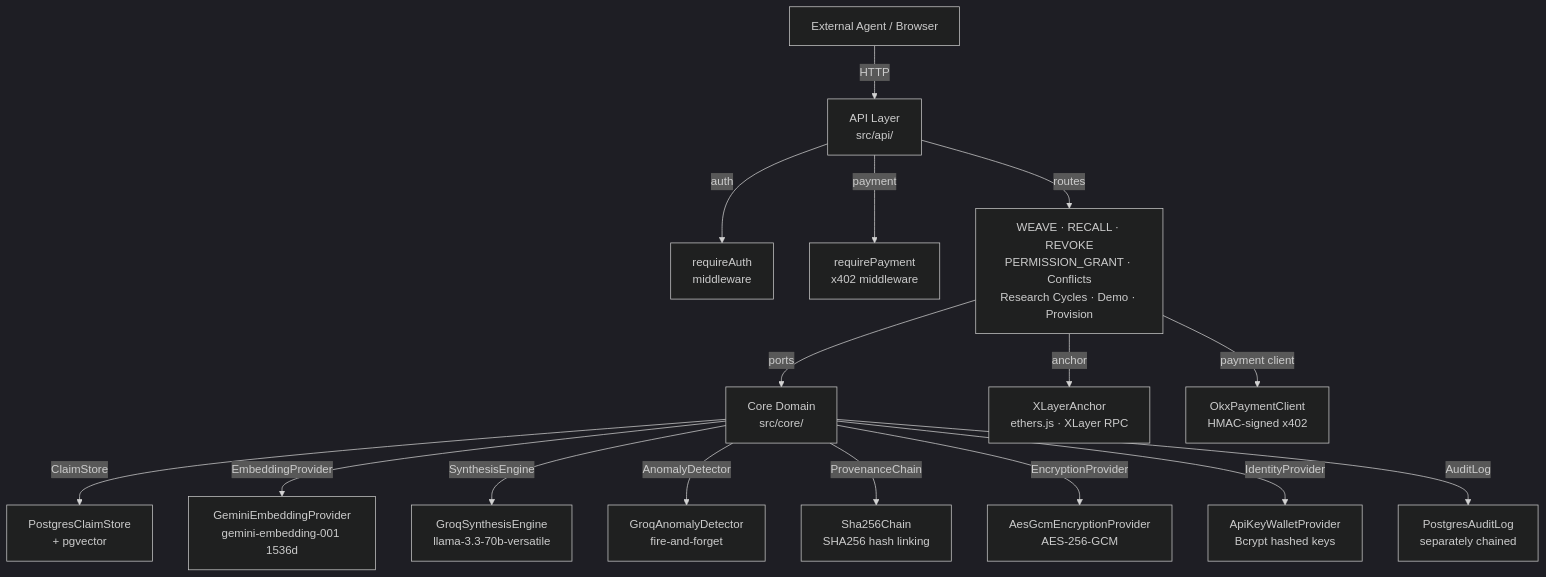
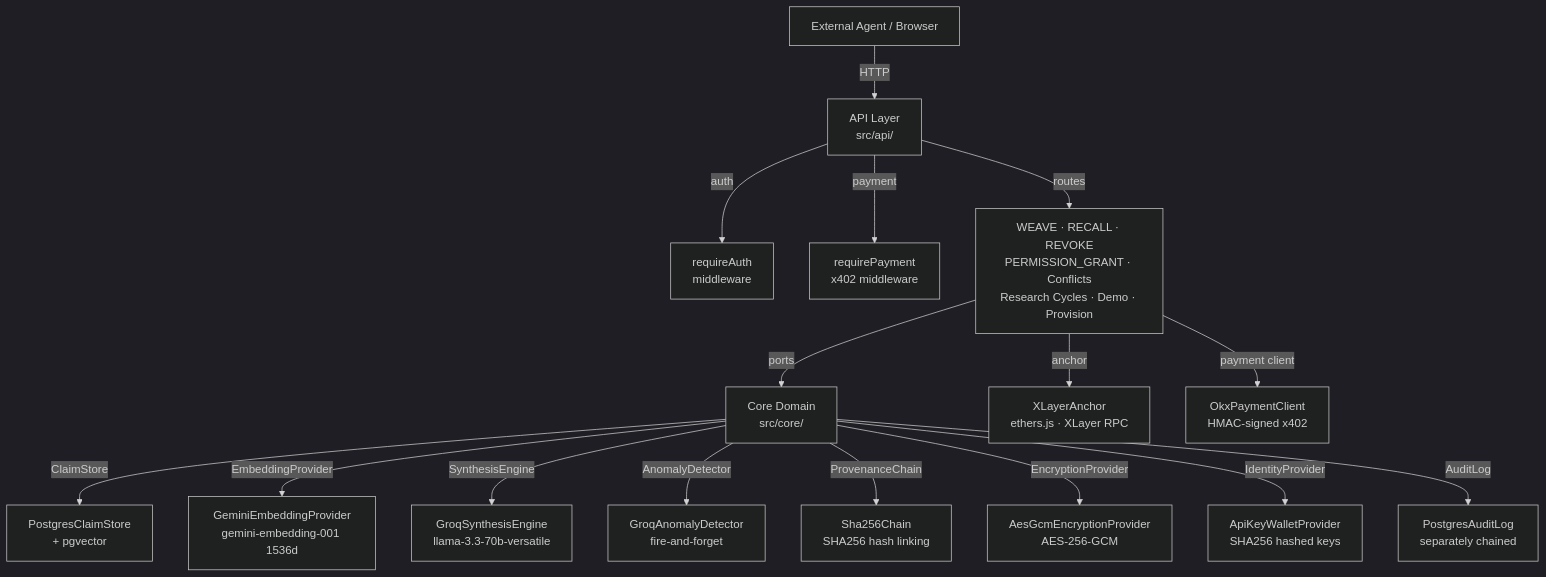
One commit to phllp-tanstic/syn9-asp changed the diagram in README.md. Above: the diagram before and after it, drawn with Mermaid (dark theme). The commit also changed 12 other files, not shown here.

````diff
--- a/README.md
+++ b/README.md
@@ -167,18 +167,18 @@
 ```mermaid
 graph TD
     Client["External Agent / Browser"] -->|HTTP| API["API Layer\nsrc/api/"]
     API -->|auth| Auth["requireAuth\nmiddleware"]
     API -->|payment| Payment["requirePayment\nx402 middleware"]
     API -->|routes| Routes["WEAVE · RECALL · REVOKE\nPERMISSION_GRANT · Conflicts\nResearch Cycles · Demo · Provision"]
     Routes -->|ports| Core["Core Domain\nsrc/core/"]
     Core -->|ClaimStore| PG["PostgresClaimStore\n+ pgvector"]
     Core -->|EmbeddingProvider| Gemini["GeminiEmbeddingProvider\ngemini-embedding-001 1536d"]
     Core -->|SynthesisEngine| Groq["GroqSynthesisEngine\nllama-3.3-70b-versatile"]
     Core -->|AnomalyDetector| GroqAnomaly["GroqAnomalyDetector\nfire-and-forget"]
     Core -->|ProvenanceChain| SHA256["Sha256Chain\nSHA256 hash linking"]
     Core -->|EncryptionProvider| AES["AesGcmEncryptionProvider\nAES-256-GCM"]
-    Core -->|IdentityProvider| Identity["ApiKeyWalletProvider\nBcrypt hashed keys"]
+    Core -->|IdentityProvider| Identity["ApiKeyWalletProvider\nSHA256 hashed keys"]
     Core -->|AuditLog| Audit["PostgresAuditLog\nseparately chained"]
     Routes -->|anchor| Anchor["XLayerAnchor\nethers.js · XLayer RPC"]
     Routes -->|payment client| OKX["OkxPaymentClient\nHMAC-signed x402"]
 ```
````
